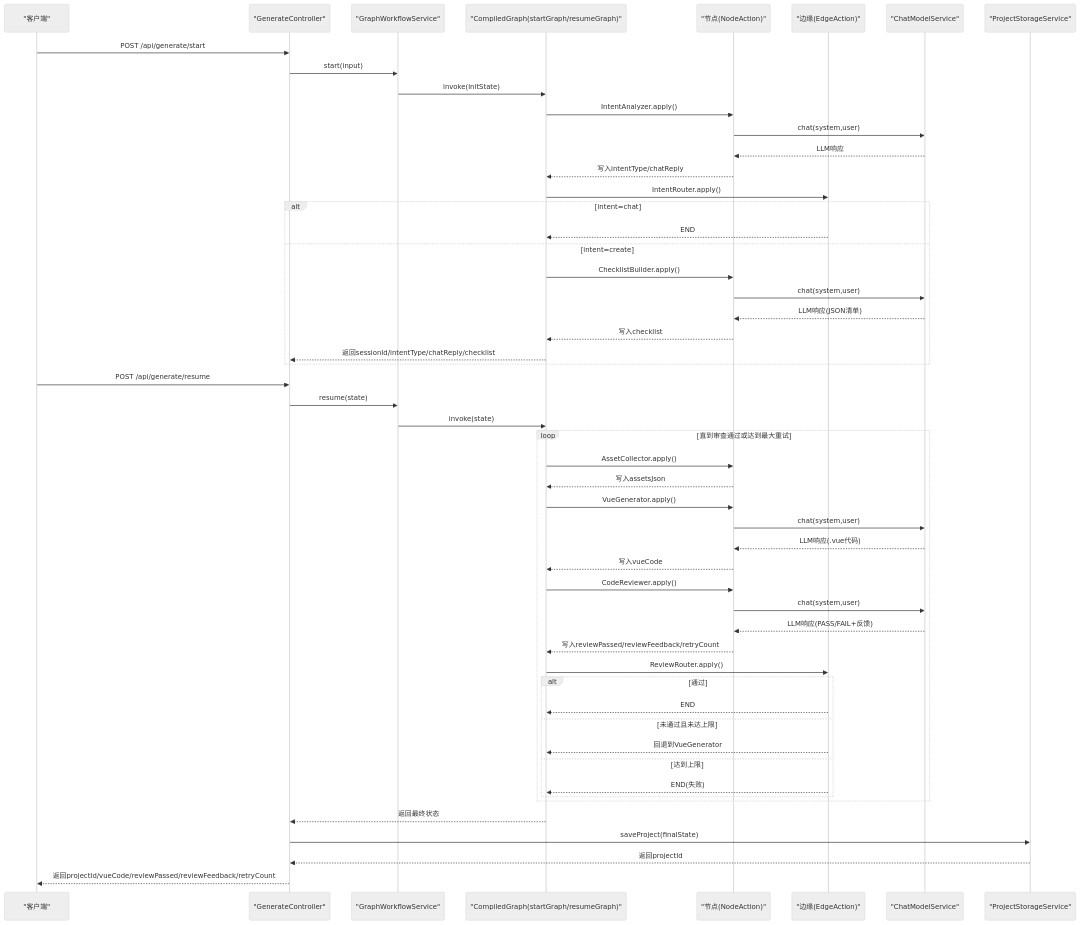
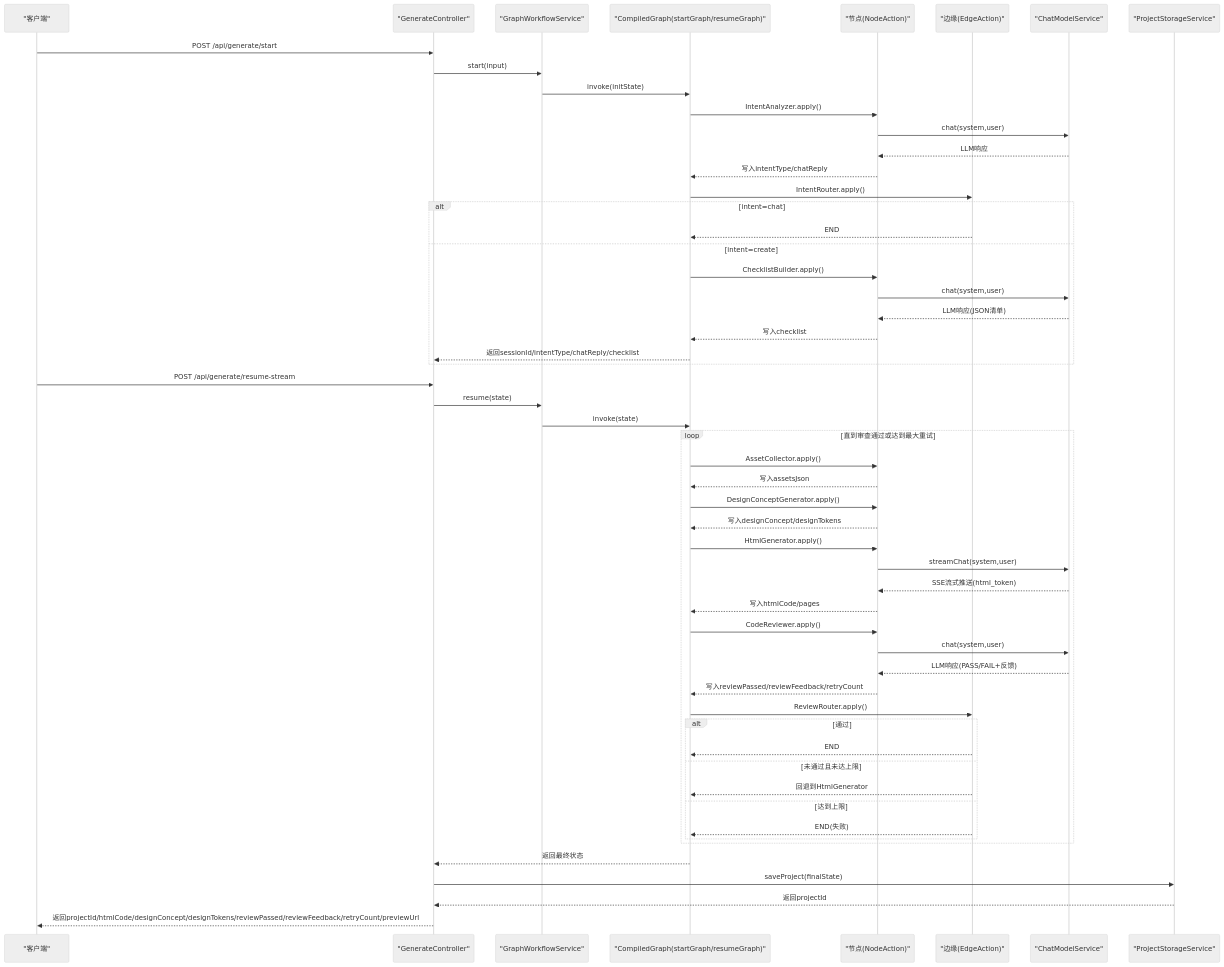
One commit to CyanYuKi/WebSiteFrontendCodeMother changed the second of 6 diagrams in .qoder/repowiki/zh/content/AI工作流系统/AI工作流系统.md. Above: the diagram before and after it, drawn with Mermaid (neutral theme). The commit also changed other lines of this file and 12 other files, not shown here.

````diff
--- a/.qoder/repowiki/zh/content/AI工作流系统/AI工作流系统.md
+++ b/.qoder/repowiki/zh/content/AI工作流系统/AI工作流系统.md
@@ -151,55 +163,57 @@
 ```mermaid
 sequenceDiagram
 participant U as "客户端"
 participant C as "GenerateController"
 participant WS as "GraphWorkflowService"
 participant G as "CompiledGraph(startGraph/resumeGraph)"
 participant N as "节点(NodeAction)"
 participant R as "边缘(EdgeAction)"
 participant M as "ChatModelService"
 participant PS as "ProjectStorageService"
 U->>C : POST /api/generate/start
 C->>WS : start(input)
 WS->>G : invoke(initState)
 G->>N : IntentAnalyzer.apply()
 N->>M : chat(system,user)
 M-->>N : LLM响应
 N-->>G : 写入intentType/chatReply
 G->>R : IntentRouter.apply()
 alt intent=chat
 R-->>G : END
 else intent=create
 G->>N : ChecklistBuilder.apply()
 N->>M : chat(system,user)
 M-->>N : LLM响应(JSON清单)
 N-->>G : 写入checklist
 G-->>C : 返回sessionId/intentType/chatReply/checklist
 end
-U->>C : POST /api/generate/resume
+U->>C : POST /api/generate/resume-stream
 C->>WS : resume(state)
 WS->>G : invoke(state)
 loop 直到审查通过或达到最大重试
 G->>N : AssetCollector.apply()
 N-->>G : 写入assetsJson
-G->>N : VueGenerator.apply()
-N->>M : chat(system,user)
-M-->>N : LLM响应(.vue代码)
-N-->>G : 写入vueCode
+G->>N : DesignConceptGenerator.apply()
+N-->>G : 写入designConcept/designTokens
+G->>N : HtmlGenerator.apply()
+N->>M : streamChat(system,user)
+M-->>N : SSE流式推送(html_token)
+N-->>G : 写入htmlCode/pages
 G->>N : CodeReviewer.apply()
 N->>M : chat(system,user)
 M-->>N : LLM响应(PASS/FAIL+反馈)
 N-->>G : 写入reviewPassed/reviewFeedback/retryCount
 G->>R : ReviewRouter.apply()
 alt 通过
 R-->>G : END
 else 未通过且未达上限
-R-->>G : 回退到VueGenerator
+R-->>G : 回退到HtmlGenerator
 else 达到上限
 R-->>G : END(失败)
 end
 end
 G-->>C : 返回最终状态
 C->>PS : saveProject(finalState)
 PS-->>C : 返回projectId
-C-->>U : 返回projectId/vueCode/reviewPassed/reviewFeedback/retryCount
+C-->>U : 返回projectId/htmlCode/designConcept/designTokens/reviewPassed/reviewFeedback/retryCount/previewUrl
 ```
````
